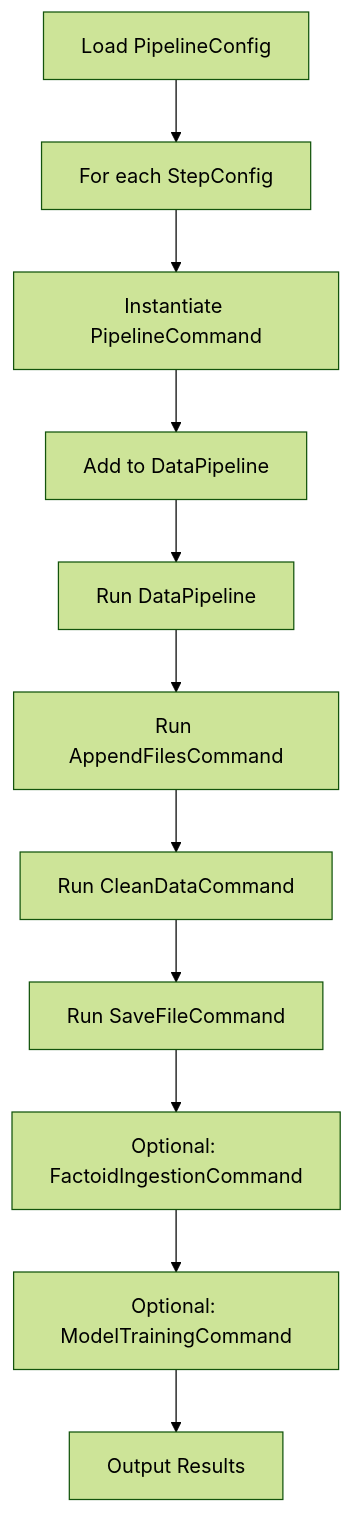
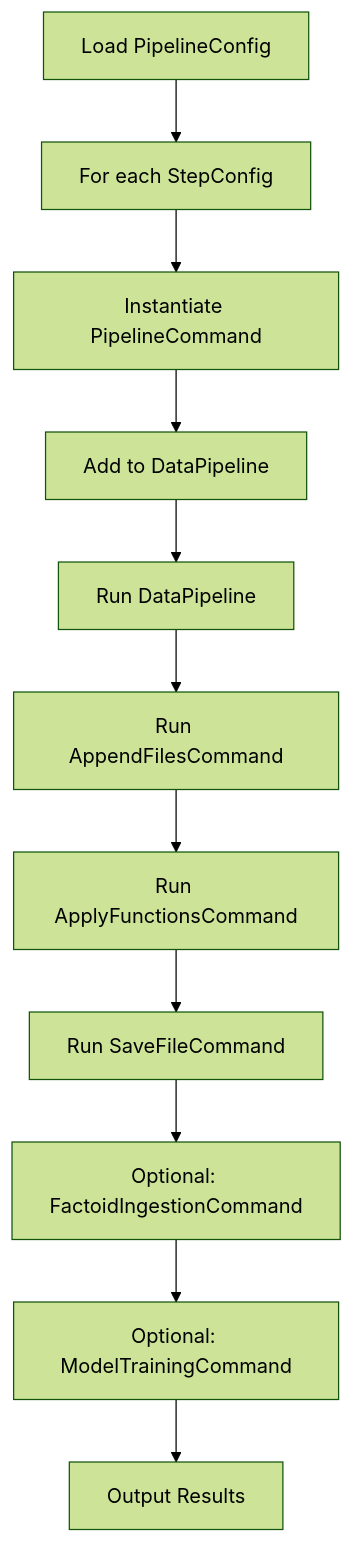
Before and after one commit to m-rossini/balance-category-pipeline: the diagram in pipeline_flowchart.mmd, drawn with Mermaid (forest theme). The commit also changed 10 other files, not shown here.

```diff
--- a/pipeline_flowchart.mmd
+++ b/pipeline_flowchart.mmd
@@ -1,11 +1,11 @@
 flowchart TD
     A[Load PipelineConfig] --> B[For each StepConfig]
     B --> C[Instantiate PipelineCommand]
     C --> D[Add to DataPipeline]
     D --> E[Run DataPipeline]
     E --> F[Run AppendFilesCommand]
-    F --> G[Run CleanDataCommand]
+    F --> G[Run ApplyFunctionsCommand]
     G --> H[Run SaveFileCommand]
     H --> I[Optional: FactoidIngestionCommand]
     I --> J[Optional: ModelTrainingCommand]
     J --> K[Output Results]
```
